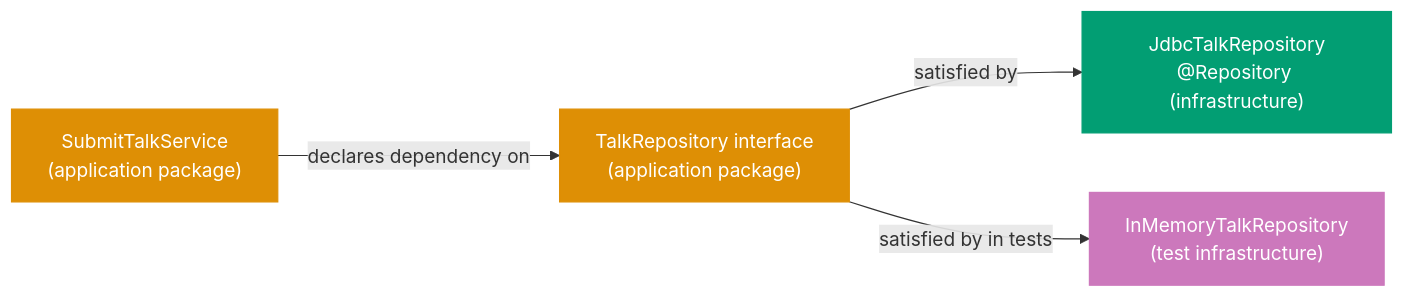
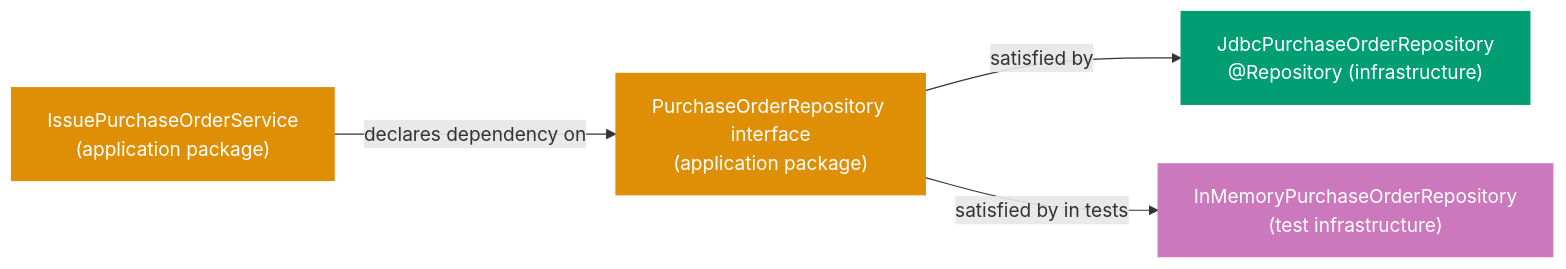
One commit to wahidyankf/open-sharia-enterprise changed the second of 2 diagrams in apps/ayokoding-web/content/en/learn/software-engineering/architecture/ddd-hexagonal-in-practice/oop-in-the-field/beginner.md. Above: the diagram before and after it, drawn with Mermaid. The commit also changed other lines of this file and 38 other files, not shown here.

First line of the commit message:
docs(ayokoding-web): unify architecture tutorials on shared P2P domain

````diff
--- a/apps/ayokoding-web/content/en/learn/software-engineering/architecture/ddd-hexagonal-in-practice/oop-in-the-field/beginner.md
+++ b/apps/ayokoding-web/content/en/learn/software-engineering/architecture/ddd-hexagonal-in-practice/oop-in-the-field/beginner.md
@@ -443,14 +456,14 @@
 ```mermaid
 flowchart LR
-    svc["SubmitTalkService\n(application package)"]:::orange
-    port["TalkRepository interface\n(application package)"]:::orange
-    jdbc["JdbcTalkRepository\n@Repository (infrastructure)"]:::teal
-    mem["InMemoryTalkRepository\n(test infrastructure)"]:::purple
+    svc["IssuePurchaseOrderService\n(application package)"]:::orange
+    port["PurchaseOrderRepository interface\n(application package)"]:::orange
+    jdbc["JdbcPurchaseOrderRepository\n@Repository (infrastructure)"]:::teal
+    mem["InMemoryPurchaseOrderRepository\n(test infrastructure)"]:::purple
     svc -->|"declares dependency on"| port
     port -->|"satisfied by"| jdbc
     port -->|"satisfied by in tests"| mem
 
     classDef orange fill:#DE8F05,color:#fff,stroke:#DE8F05
     classDef teal fill:#029E73,color:#fff,stroke:#029E73
     classDef purple fill:#CC78BC,color:#fff,stroke:#CC78BC
 ```
````
